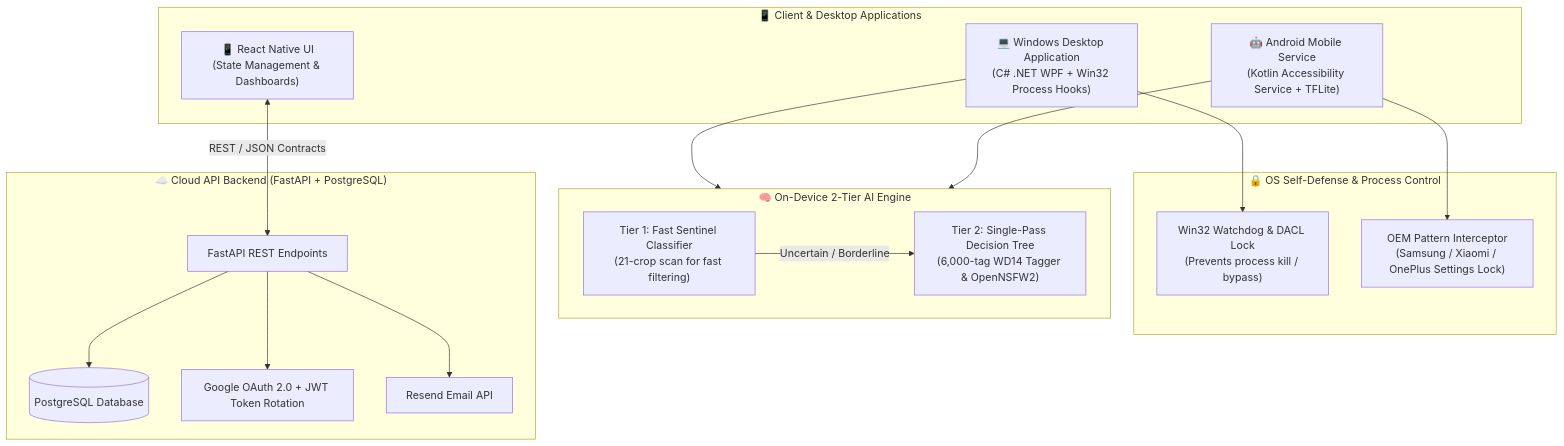
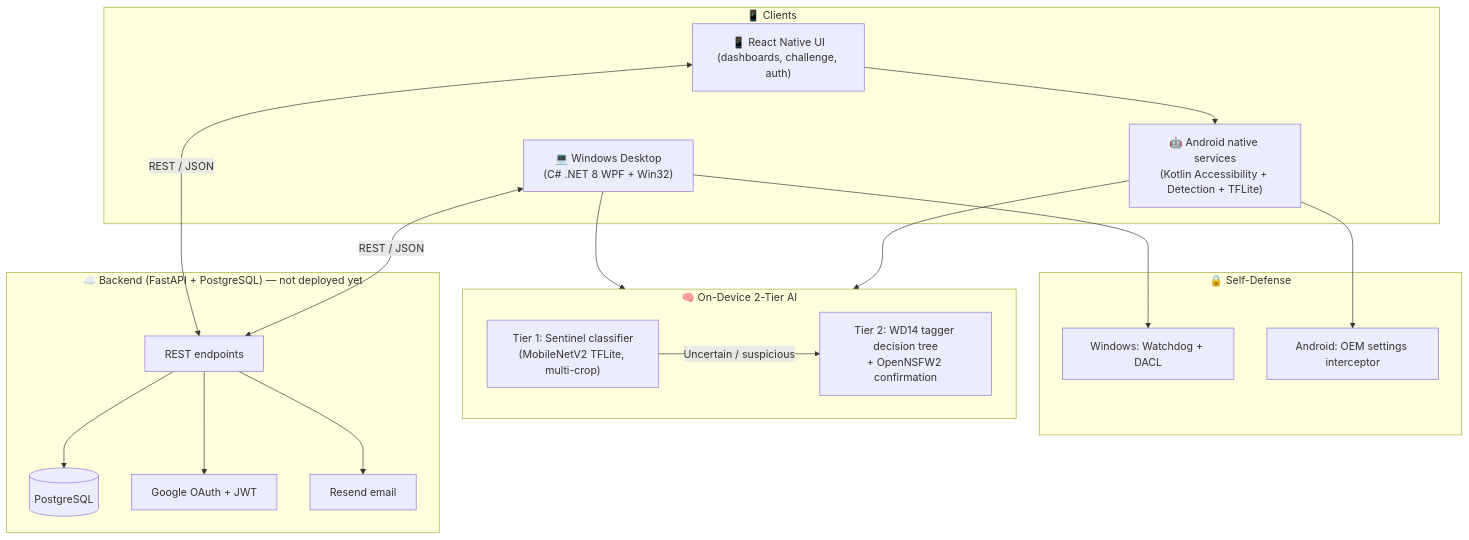
One commit to yzes95/project-aegis-showcase changed the diagram in README.md. Above: the diagram before and after it, drawn with Mermaid. The commit also changed other lines of this file, not shown here.

````diff
--- a/README.md
+++ b/README.md
@@ -39,35 +72,37 @@
 ```mermaid
 graph TD
-    subgraph Client_Layer ["📱 Client & Desktop Applications"]
-        RN["📱 React Native UI\n(State Management & Dashboards)"]
-        WIN["💻 Windows Desktop Application\n(C# .NET WPF + Win32 Process Hooks)"]
-        AND["🤖 Android Mobile Service\n(Kotlin Accessibility Service + TFLite)"]
+    subgraph Client_Layer ["📱 Clients"]
+        RN["📱 React Native UI\n(dashboards, challenge, auth)"]
+        WIN["💻 Windows Desktop\n(C# .NET 8 WPF + Win32)"]
+        AND["🤖 Android native services\n(Kotlin Accessibility + Detection + TFLite)"]
     end
 
-    subgraph Detection_Engine ["🧠 On-Device 2-Tier AI Engine"]
-        T1["Tier 1: Fast Sentinel Classifier\n(21-crop scan for fast filtering)"]
-        T2["Tier 2: Single-Pass Decision Tree\n(6,000-tag WD14 Tagger & OpenNSFW2)"]
-        T1 -->|Uncertain / Borderline| T2
+    subgraph Detection_Engine ["🧠 On-Device 2-Tier AI"]
+        T1["Tier 1: Sentinel classifier\n(MobileNetV2 TFLite, multi-crop)"]
+        T2["Tier 2: WD14 tagger decision tree\n+ OpenNSFW2 confirmation"]
+        T1 -->|Uncertain / suspicious| T2
     end
 
-    subgraph OS_Defense ["🔒 OS Self-Defense & Process Control"]
-        W32["Win32 Watchdog & DACL Lock\n(Prevents process kill / bypass)"]
-        OEM["OEM Pattern Interceptor\n(Samsung / Xiaomi / OnePlus Settings Lock)"]
+    subgraph OS_Defense ["🔒 Self-Defense"]
+        W32["Windows: Watchdog + DACL"]
+        OEM["Android: OEM settings interceptor"]
     end
 
-    subgraph Backend_Cloud ["☁️ Cloud API Backend (FastAPI + PostgreSQL)"]
-        API["FastAPI REST Endpoints"]
-        DB[(PostgreSQL Database)]
-        AUTH["Google OAuth 2.0 + JWT Token Rotation"]
-        MAIL["Resend Email API"]
+    subgraph Backend_Cloud ["☁️ Backend (FastAPI + PostgreSQL) — not deployed yet"]
+        API["REST endpoints"]
+        DB[(PostgreSQL)]
+        AUTH["Google OAuth + JWT"]
+        MAIL["Resend email"]
         API --> DB
         API --> AUTH
         API --> MAIL
     end
 
-    RN <-->|REST / JSON Contracts| API
+    RN <-->|REST / JSON| API
+    WIN <-->|REST / JSON| API
     WIN --> Detection_Engine
     AND --> Detection_Engine
+    RN --> AND
     WIN --> W32
     AND --> OEM
 ```
````
